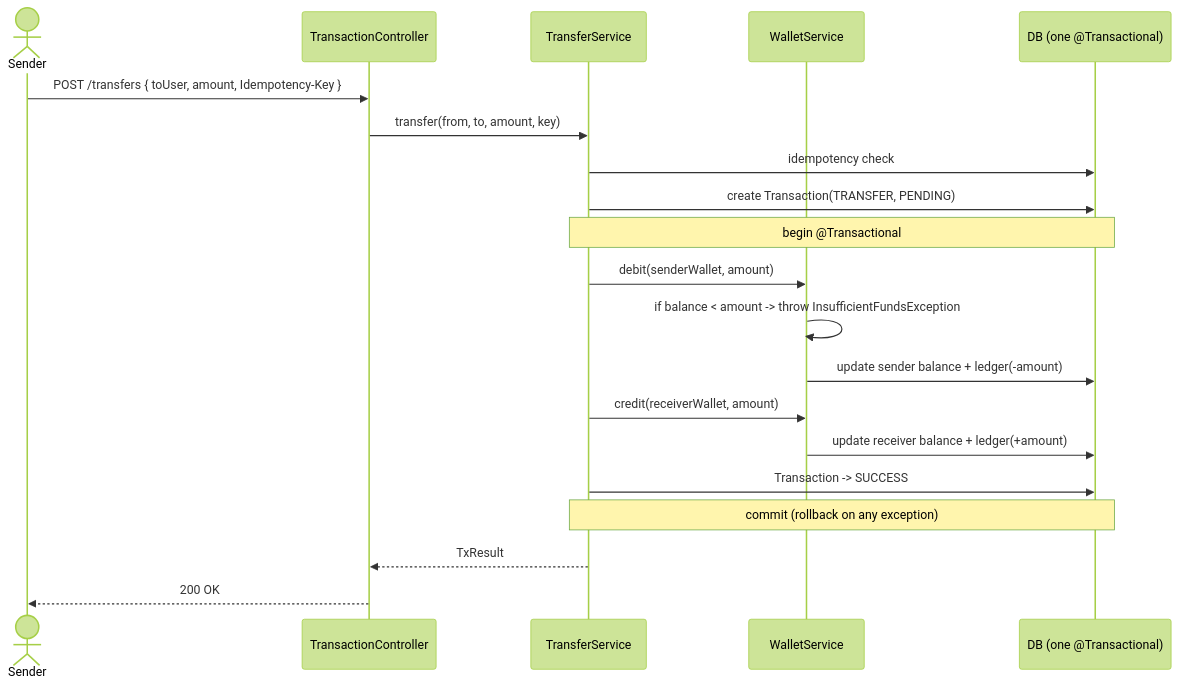
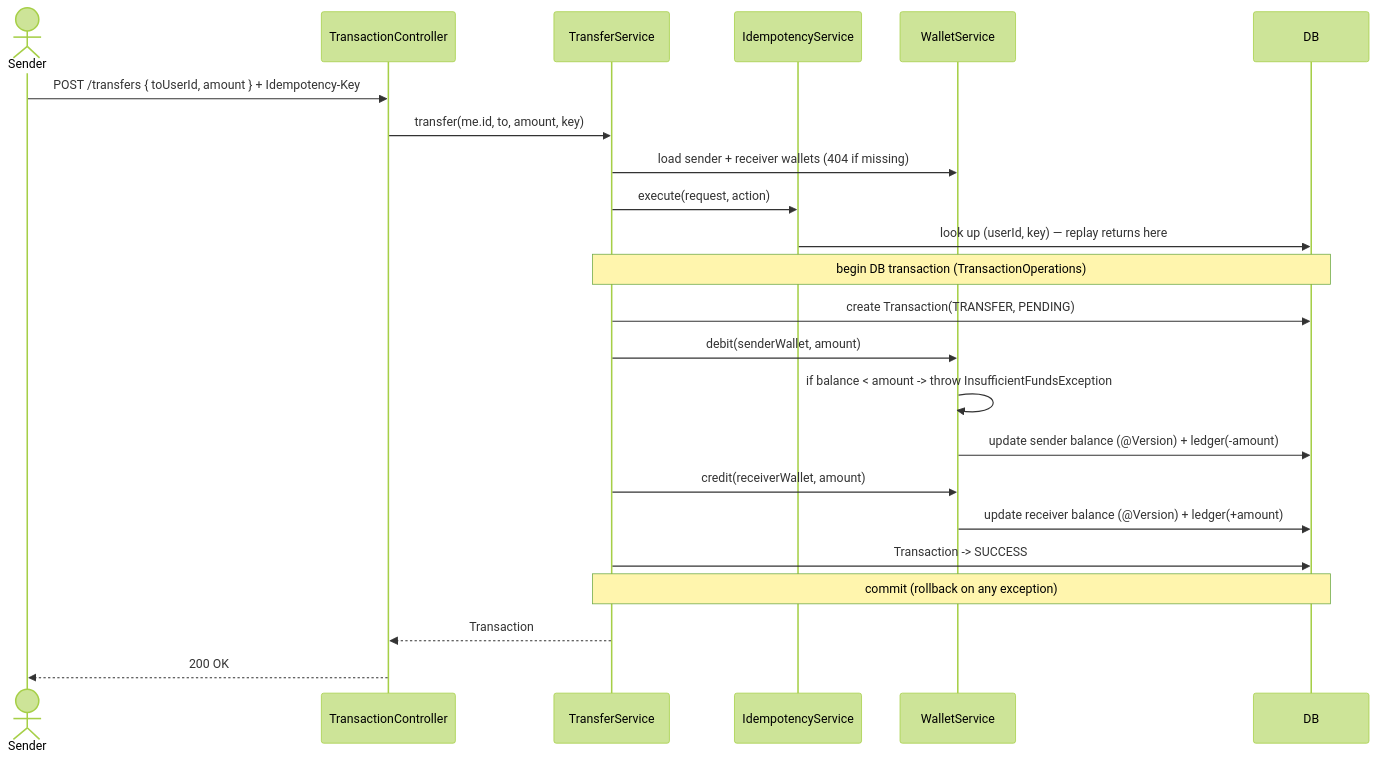
The third of 5 diagrams in docs/LLD.md (M-o-m-e-n/finthos), drawn with Mermaid (forest theme) before and after one commit. The commit also changed other lines of this file, not shown here.

Commit message:
docs(lld): document packages, flows, idempotency rules and error mapping

````diff
--- a/docs/LLD.md
+++ b/docs/LLD.md
@@ -156,23 +212,26 @@
 ```mermaid
 sequenceDiagram
     actor U as Sender
     participant C as TransactionController
     participant TS as TransferService
+    participant IS as IdempotencyService
     participant WS as WalletService
-    participant DB as DB (one @Transactional)
+    participant DB as DB
 
-    U->>C: POST /transfers { toUser, amount, Idempotency-Key }
-    C->>TS: transfer(from, to, amount, key)
-    TS->>DB: idempotency check
+    U->>C: POST /transfers { toUserId, amount } + Idempotency-Key
+    C->>TS: transfer(me.id, to, amount, key)
+    TS->>WS: load sender + receiver wallets (404 if missing)
+    TS->>IS: execute(request, action)
+    IS->>DB: look up (userId, key) — replay returns here
+    Note over TS,DB: begin DB transaction (TransactionOperations)
     TS->>DB: create Transaction(TRANSFER, PENDING)
-    Note over TS,DB: begin @Transactional
     TS->>WS: debit(senderWallet, amount)
     WS->>WS: if balance < amount -> throw InsufficientFundsException
-    WS->>DB: update sender balance + ledger(-amount)
+    WS->>DB: update sender balance (@Version) + ledger(-amount)
     TS->>WS: credit(receiverWallet, amount)
-    WS->>DB: update receiver balance + ledger(+amount)
+    WS->>DB: update receiver balance (@Version) + ledger(+amount)
     TS->>DB: Transaction -> SUCCESS
     Note over TS,DB: commit (rollback on any exception)
-    TS-->>C: TxResult
+    TS-->>C: Transaction
     C-->>U: 200 OK
 ```
````
